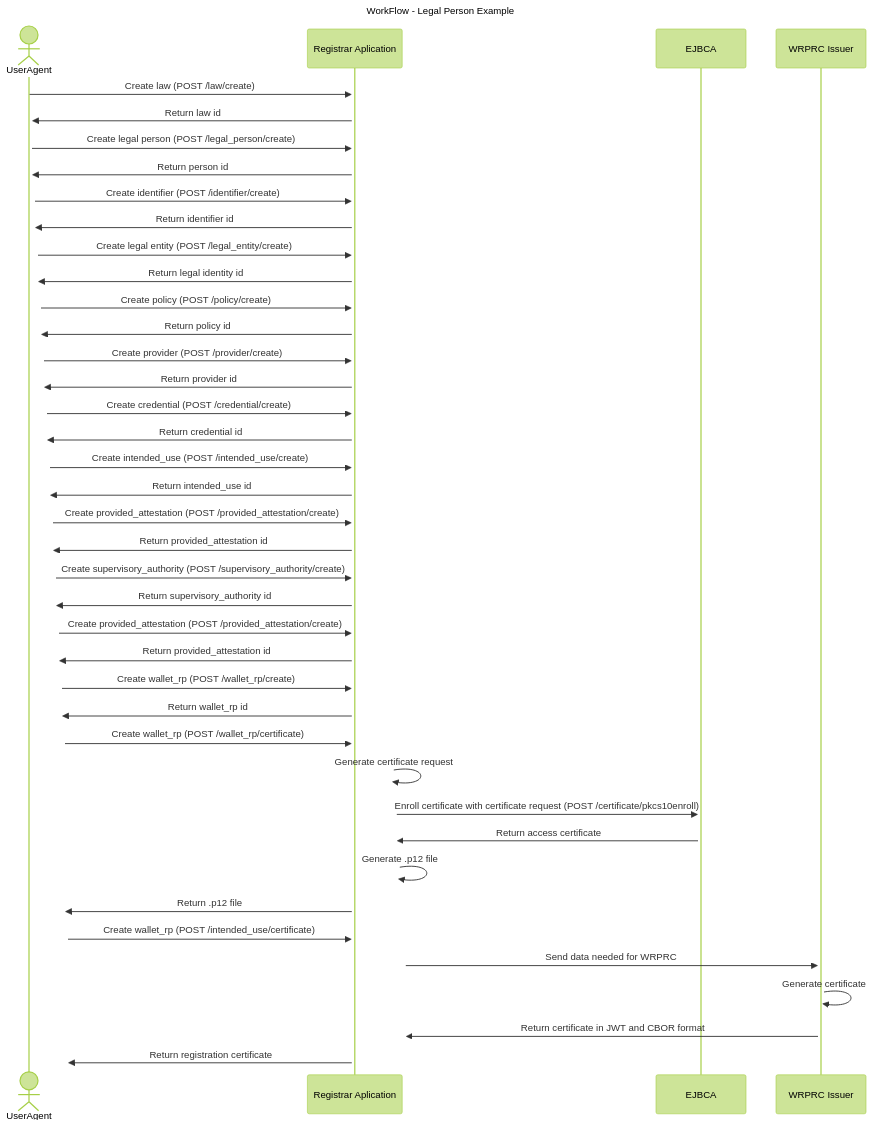
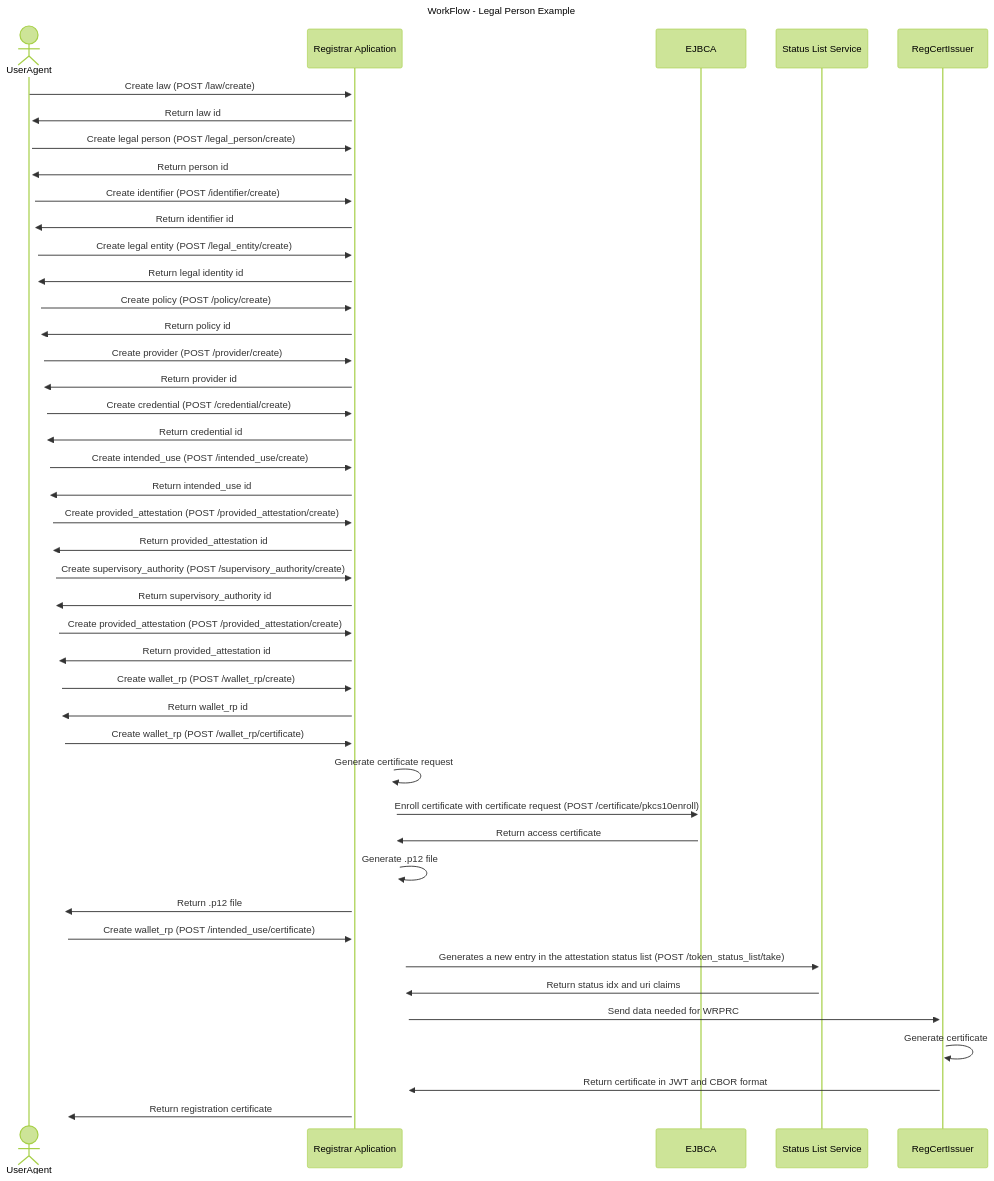
One commit to niscy-eudiw/eudi-srv-web-relyingparty-registration-py changed the second of 2 diagrams in workflow_and_endpoints.md. Above: the diagram before and after it, drawn with Mermaid (forest theme).

````diff
--- a/workflow_and_endpoints.md
+++ b/workflow_and_endpoints.md
@@ -76,46 +76,51 @@
 ```mermaid
+
 sequenceDiagram
 title WorkFlow - Legal Person Example
 
 actor U as UserAgent
 participant WRP as Registrar Aplication
 participant EJBCA as EJBCA
-participant WRPRC as WRPRC Issuer
+participant STATUS as Status List Service
+participant WRPRC as RegCertIssuer
+
 
 U->>+WRP: Create law (POST /law/create)
 WRP->>+U: Return law id
 U->>+WRP: Create legal person (POST /legal_person/create)
 WRP->>+U: Return person id
 U->>+WRP: Create identifier (POST /identifier/create)
 WRP->>+U: Return identifier id
 U->>+WRP: Create legal entity (POST /legal_entity/create)
 WRP->>+U: Return legal identity id
 U->>+WRP: Create policy (POST /policy/create)
 WRP->>+U: Return policy id
 U->>+WRP: Create provider (POST /provider/create)
 WRP->>+U: Return provider id
 U->>+WRP: Create credential (POST /credential/create)
 WRP->>+U: Return credential id
 U->>+WRP: Create intended_use (POST /intended_use/create)
 WRP->>+U: Return intended_use id
 U->>+WRP: Create provided_attestation (POST /provided_attestation/create)
 WRP->>+U: Return provided_attestation id
 U->>+WRP: Create supervisory_authority (POST /supervisory_authority/create)
 WRP->>+U: Return supervisory_authority id
 U->>+WRP: Create provided_attestation (POST /provided_attestation/create)
 WRP->>+U: Return provided_attestation id
 U->>+WRP: Create wallet_rp (POST /wallet_rp/create)
 WRP->>+U: Return wallet_rp id
 U->>+WRP: Create wallet_rp (POST /wallet_rp/certificate)
 WRP->>+WRP: Generate certificate request
 WRP->>+EJBCA: Enroll certificate with certificate request (POST /certificate/pkcs10enroll)
 EJBCA->>+WRP: Return access certificate
 WRP->>+WRP: Generate .p12 file 
 WRP->>+U: Return .p12 file
 U->>+WRP: Create wallet_rp (POST /intended_use/certificate)
+WRP->>+STATUS: Generates a new entry in the attestation status list (POST /token_status_list/take)
+STATUS->>+WRP: Return status idx and uri claims
 WRP->>+WRPRC: Send data needed for WRPRC 
 WRPRC->>+WRPRC: Generate certificate
 WRPRC->>+WRP: Return certificate in JWT and CBOR format
 WRP->>+U: Return registration certificate
 
 ```
````
